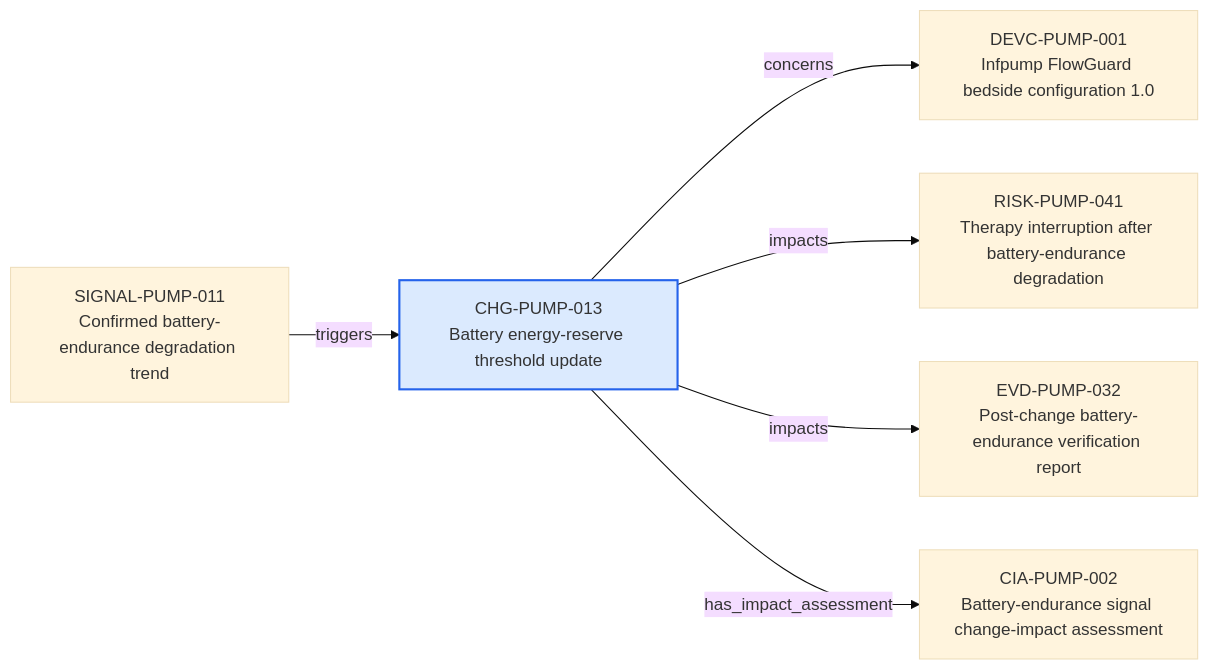
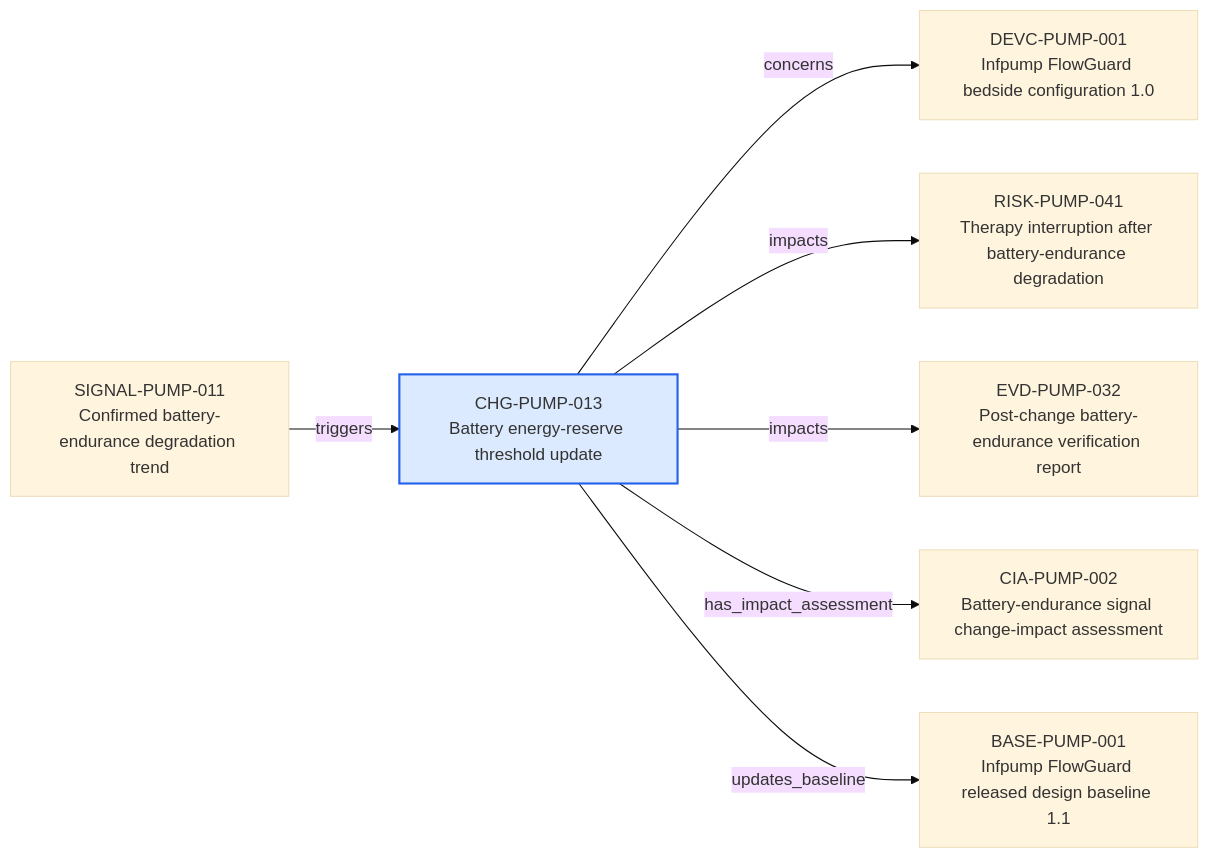
The diagram in content/06-Infpump FlowGuard ontology notes/change/CHG-PUMP-013-battery-energy-reserve-threshold-update.md (mvattulainen/mdrontology), drawn with Mermaid (base theme) before and after one commit. The commit also changed other lines of this file and 220 other files, not shown here.

````diff
--- a/content/06-Infpump FlowGuard ontology notes/change/CHG-PUMP-013-battery-energy-reserve-threshold-update.md
+++ b/content/06-Infpump FlowGuard ontology notes/change/CHG-PUMP-013-battery-energy-reserve-threshold-update.md
@@ -84,16 +88,18 @@
 ```mermaid
 flowchart LR
   CURRENT["CHG-PUMP-013<br/>Battery energy-reserve threshold update"]
   PREV0["SIGNAL-PUMP-011<br/>Confirmed battery-endurance degradation trend"]
   PREV0 -->|"triggers"| CURRENT
   NEXT0["DEVC-PUMP-001<br/>Infpump FlowGuard bedside configuration 1.0"]
   CURRENT -->|"concerns"| NEXT0
   NEXT1["RISK-PUMP-041<br/>Therapy interruption after battery-endurance degradation"]
   CURRENT -->|"impacts"| NEXT1
   NEXT2["EVD-PUMP-032<br/>Post-change battery-endurance verification report"]
   CURRENT -->|"impacts"| NEXT2
   NEXT3["CIA-PUMP-002<br/>Battery-endurance signal change-impact assessment"]
   CURRENT -->|"has_impact_assessment"| NEXT3
+  NEXT4["BASE-PUMP-001<br/>Infpump FlowGuard released design baseline 1.1"]
+  CURRENT -->|"updates_baseline"| NEXT4
   classDef current fill:#dbeafe,stroke:#2563eb,stroke-width:2px
   class CURRENT current
 ```
````
